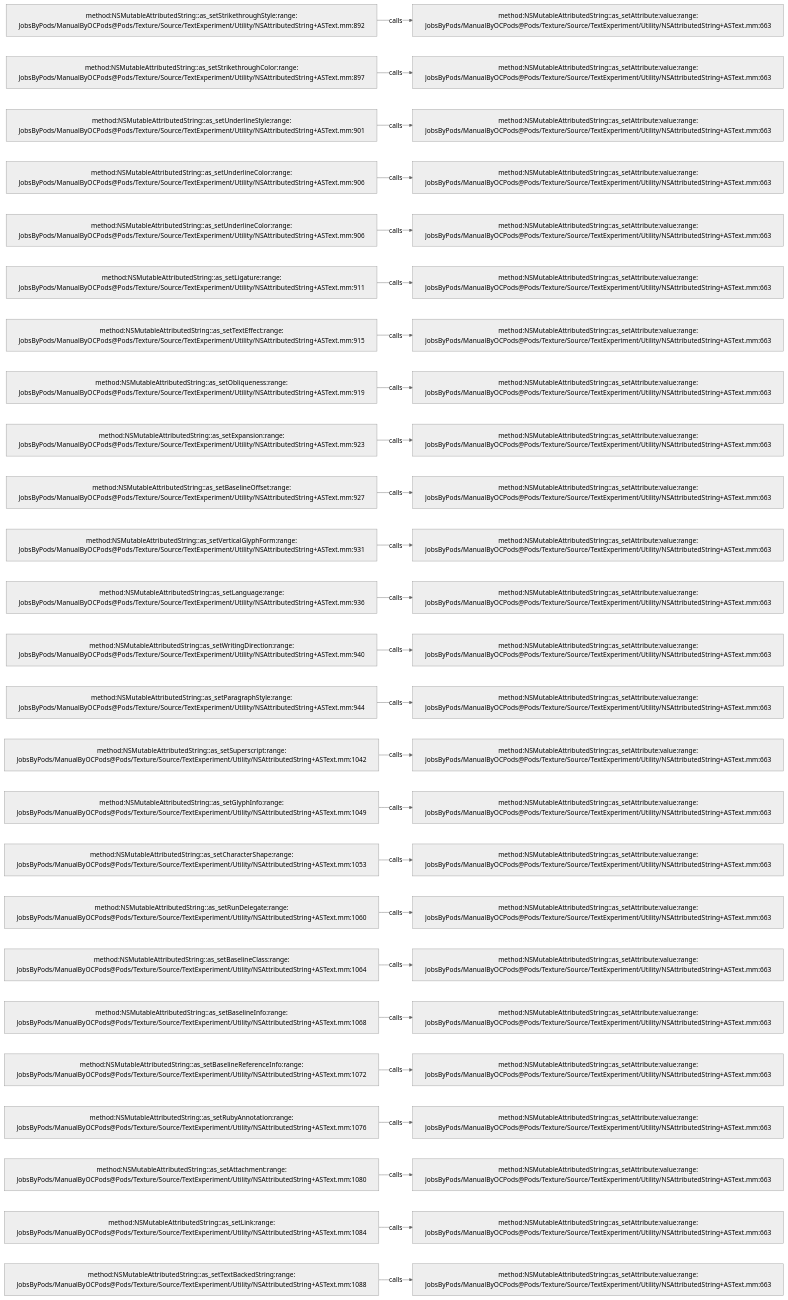
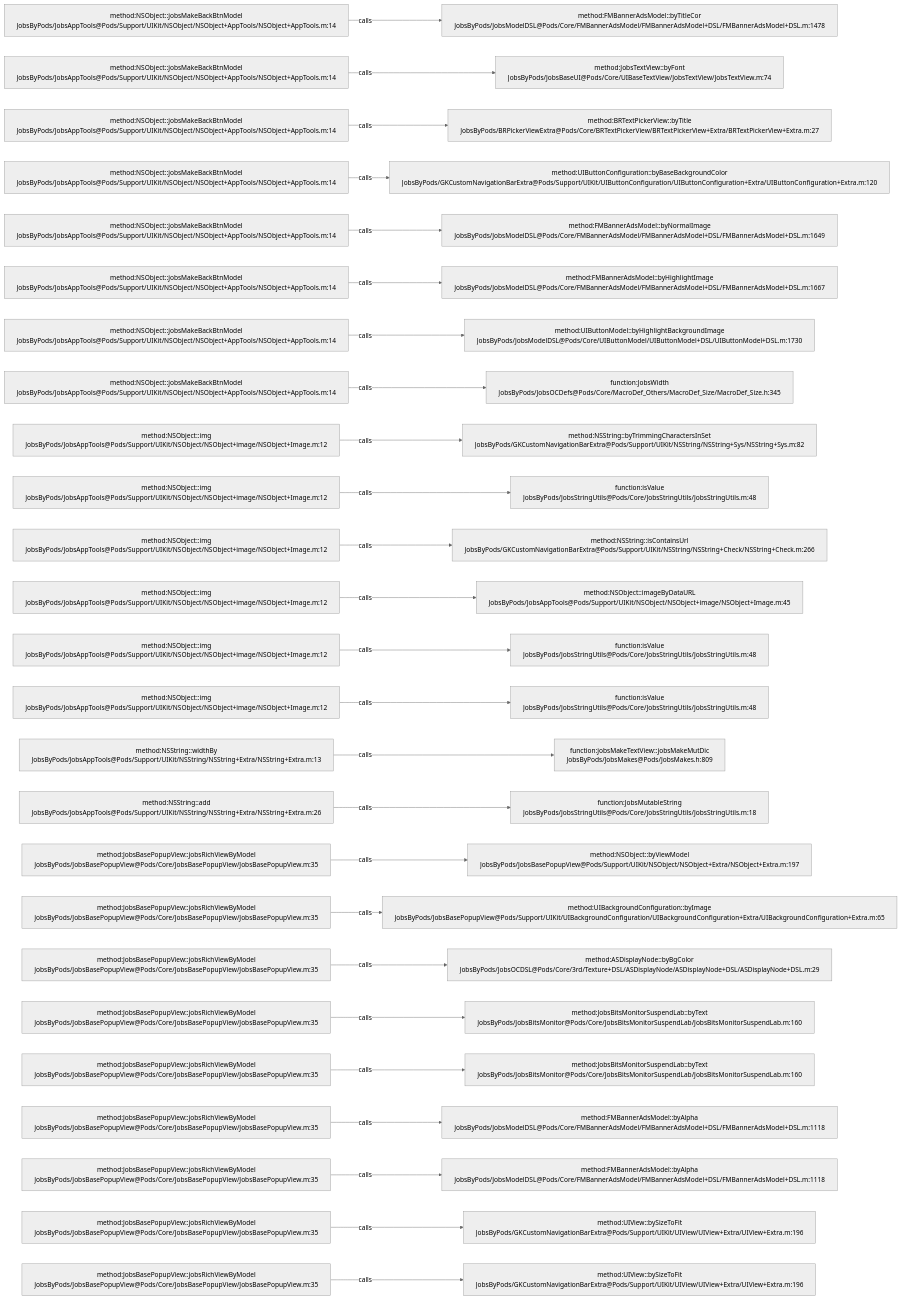
Before and after one commit to JobsKits/JobsOCBaseConfigDemo: the diagram in .codegraph/codegraph.md/graphs/calls-199.md, drawn with Mermaid (neutral theme). The commit also changed 768 other files, not shown here.

````diff
--- a/.codegraph/codegraph.md/graphs/calls-199.md
+++ b/.codegraph/codegraph.md/graphs/calls-199.md
@@ -13,78 +13,78 @@
 ```mermaid
 flowchart LR
-  S1["method:NSMutableAttributedString::as_setStrikethroughStyle:range:<br/>JobsByPods/ManualByOCPods@Pods/Texture/Source/TextExperiment/Utility/NSAttributedString+ASText.mm:892"]
-  T1["method:NSMutableAttributedString::as_setAttribute:value:range:<br/>JobsByPods/ManualByOCPods@Pods/Texture/Source/TextExperiment/Utility/NSAttributedString+ASText.mm:663"]
+  S1["method:NSObject::jobsMakeBackBtnModel<br/>JobsByPods/JobsAppTools@Pods/Support/UIKit/NSObject/NSObject+AppTools/NSObject+AppTools.m:14"]
+  T1["method:FMBannerAdsModel::byTitleCor<br/>JobsByPods/JobsModelDSL@Pods/Core/FMBannerAdsModel/FMBannerAdsModel+DSL/FMBannerAdsModel+DSL.m:1478"]
   S1 -->|calls| T1
-  S2["method:NSMutableAttributedString::as_setStrikethroughColor:range:<br/>JobsByPods/ManualByOCPods@Pods/Texture/Source/TextExperiment/Utility/NSAttributedString+ASText.mm:897"]
-  T2["method:NSMutableAttributedString::as_setAttribute:value:range:<br/>JobsByPods/ManualByOCPods@Pods/Texture/Source/TextExperiment/Utility/NSAttributedString+ASText.mm:663"]
+  S2["method:NSObject::jobsMakeBackBtnModel<br/>JobsByPods/JobsAppTools@Pods/Support/UIKit/NSObject/NSObject+AppTools/NSObject+AppTools.m:14"]
+  T2["method:JobsTextView::byFont<br/>JobsByPods/JobsBaseUI@Pods/Core/UIBaseTextView/JobsTextView/JobsTextView.m:74"]
   S2 -->|calls| T2
-  S3["method:NSMutableAttributedString::as_setUnderlineStyle:range:<br/>JobsByPods/ManualByOCPods@Pods/Texture/Source/TextExperiment/Utility/NSAttributedString+ASText.mm:901"]
-  T3["method:NSMutableAttributedString::as_setAttribute:value:range:<br/>JobsByPods/ManualByOCPods@Pods/Texture/Source/TextExperiment/Utility/NSAttributedString+ASText.mm:663"]
+  S3["method:NSObject::jobsMakeBackBtnModel<br/>JobsByPods/JobsAppTools@Pods/Support/UIKit/NSObject/NSObject+AppTools/NSObject+AppTools.m:14"]
+  T3["method:BRTextPickerView::byTitle<br/>JobsByPods/BRPickerViewExtra@Pods/Core/BRTextPickerView/BRTextPickerView+Extra/BRTextPickerView+Extra.m:27"]
   S3 -->|calls| T3
-  S4["method:NSMutableAttributedString::as_setUnderlineColor:range:<br/>JobsByPods/ManualByOCPods@Pods/Texture/Source/TextExperiment/Utility/NSAttributedString+ASText.mm:906"]
-  T4["method:NSMutableAttributedString::as_setAttribute:value:range:<br/>JobsByPods/ManualByOCPods@Pods/Texture/Source/TextExperiment/Utility/NSAttributedString+ASText.mm:663"]
+  S4["method:NSObject::jobsMakeBackBtnModel<br/>JobsByPods/JobsAppTools@Pods/Support/UIKit/NSObject/NSObject+AppTools/NSObject+AppTools.m:14"]
+  T4["method:UIButtonConfiguration::byBaseBackgroundColor<br/>JobsByPods/GKCustomNavigationBarExtra@Pods/Support/UIKit/UIButtonConfiguration/UIButtonConfiguration+Extra/UIButtonConfiguration+Extra.m:120"]
   S4 -->|calls| T4
-  S5["method:NSMutableAttributedString::as_setUnderlineColor:range:<br/>JobsByPods/ManualByOCPods@Pods/Texture/Source/TextExperiment/Utility/NSAttributedString+ASText.mm:906"]
-  T5["method:NSMutableAttributedString::as_setAttribute:value:range:<br/>JobsByPods/ManualByOCPods@Pods/Texture/Source/TextExperiment/Utility/NSAttributedString+ASText.mm:663"]
+  S5["method:NSObject::jobsMakeBackBtnModel<br/>JobsByPods/JobsAppTools@Pods/Support/UIKit/NSObject/NSObject+AppTools/NSObject+AppTools.m:14"]
+  T5["method:FMBannerAdsModel::byNormalImage<br/>JobsByPods/JobsModelDSL@Pods/Core/FMBannerAdsModel/FMBannerAdsModel+DSL/FMBannerAdsModel+DSL.m:1649"]
   S5 -->|calls| T5
-  S6["method:NSMutableAttributedString::as_setLigature:range:<br/>JobsByPods/ManualByOCPods@Pods/Texture/Source/TextExperiment/Utility/NSAttributedString+ASText.mm:911"]
-  T6["method:NSMutableAttributedString::as_setAttribute:value:range:<br/>JobsByPods/ManualByOCPods@Pods/Texture/Source/TextExperiment/Utility/NSAttributedString+ASText.mm:663"]
+  S6["method:NSObject::jobsMakeBackBtnModel<br/>JobsByPods/JobsAppTools@Pods/Support/UIKit/NSObject/NSObject+AppTools/NSObject+AppTools.m:14"]
+  T6["method:FMBannerAdsModel::byHighlightImage<br/>JobsByPods/JobsModelDSL@Pods/Core/FMBannerAdsModel/FMBannerAdsModel+DSL/FMBannerAdsModel+DSL.m:1667"]
   S6 -->|calls| T6
-  S7["method:NSMutableAttributedString::as_setTextEffect:range:<br/>JobsByPods/ManualByOCPods@Pods/Texture/Source/TextExperiment/Utility/NSAttributedString+ASText.mm:915"]
-  T7["method:NSMutableAttributedString::as_setAttribute:value:range:<br/>JobsByPods/ManualByOCPods@Pods/Texture/Source/TextExperiment/Utility/NSAttributedString+ASText.mm:663"]
+  S7["method:NSObject::jobsMakeBackBtnModel<br/>JobsByPods/JobsAppTools@Pods/Support/UIKit/NSObject/NSObject+AppTools/NSObject+AppTools.m:14"]
+  T7["method:UIButtonModel::byHighlightBackgroundImage<br/>JobsByPods/JobsModelDSL@Pods/Core/UIButtonModel/UIButtonModel+DSL/UIButtonModel+DSL.m:1730"]
   S7 -->|calls| T7
-  S8["method:NSMutableAttributedString::as_setObliqueness:range:<br/>JobsByPods/ManualByOCPods@Pods/Texture/Source/TextExperiment/Utility/NSAttributedString+ASText.mm:919"]
-  T8["method:NSMutableAttributedString::as_setAttribute:value:range:<br/>JobsByPods/ManualByOCPods@Pods/Texture/Source/TextExperiment/Utility/NSAttributedString+ASText.mm:663"]
+  S8["method:NSObject::jobsMakeBackBtnModel<br/>JobsByPods/JobsAppTools@Pods/Support/UIKit/NSObject/NSObject+AppTools/NSObject+AppTools.m:14"]
+  T8["function:JobsWidth<br/>JobsByPods/JobsOCDefs@Pods/Core/MacroDef_Others/MacroDef_Size/MacroDef_Size.h:345"]
   S8 -->|calls| T8
-  S9["method:NSMutableAttributedString::as_setExpansion:range:<br/>JobsByPods/ManualByOCPods@Pods/Texture/Source/TextExperiment/Utility/NSAttributedString+ASText.mm:923"]
-  T9["method:NSMutableAttributedString::as_setAttribute:value:range:<br/>JobsByPods/ManualByOCPods@Pods/Texture/Source/TextExperiment/Utility/NSAttributedString+ASText.mm:663"]
+  S9["method:NSObject::img<br/>JobsByPods/JobsAppTools@Pods/Support/UIKit/NSObject/NSObject+image/NSObject+Image.m:12"]
+  T9["method:NSString::byTrimmingCharactersInSet<br/>JobsByPods/GKCustomNavigationBarExtra@Pods/Support/UIKit/NSString/NSString+Sys/NSString+Sys.m:82"]
   S9 -->|calls| T9
-  S10["method:NSMutableAttributedString::as_setBaselineOffset:range:<br/>JobsByPods/ManualByOCPods@Pods/Texture/Source/TextExperiment/Utility/NSAttributedString+ASText.mm:927"]
-  T10["method:NSMutableAttributedString::as_setAttribute:value:range:<br/>JobsByPods/ManualByOCPods@Pods/Texture/Source/TextExperiment/Utility/NSAttributedString+ASText.mm:663"]
+  S10["method:NSObject::img<br/>JobsByPods/JobsAppTools@Pods/Support/UIKit/NSObject/NSObject+image/NSObject+Image.m:12"]
+  T10["function:isValue<br/>JobsByPods/JobsStringUtils@Pods/Core/JobsStringUtils/JobsStringUtils.m:48"]
   S10 -->|calls| T10
-  S11["method:NSMutableAttributedString::as_setVerticalGlyphForm:range:<br/>JobsByPods/ManualByOCPods@Pods/Texture/Source/TextExperiment/Utility/NSAttributedString+ASText.mm:931"]
-  T11["method:NSMutableAttributedString::as_setAttribute:value:range:<br/>JobsByPods/ManualByOCPods@Pods/Texture/Source/TextExperiment/Utility/NSAttributedString+ASText.mm:663"]
+  S11["method:NSObject::img<br/>JobsByPods/JobsAppTools@Pods/Support/UIKit/NSObject/NSObject+image/NSObject+Image.m:12"]
+  T11["method:NSString::isContainsUrl<br/>JobsByPods/GKCustomNavigationBarExtra@Pods/Support/UIKit/NSString/NSString+Check/NSString+Check.m:266"]
   S11 -->|calls| T11
-  S12["method:NSMutableAttributedString::as_setLanguage:range:<br/>JobsByPods/ManualByOCPods@Pods/Texture/Source/TextExperiment/Utility/NSAttributedString+ASText.mm:936"]
-  T12["method:NSMutableAttributedString::as_setAttribute:value:range:<br/>JobsByPods/ManualByOCPods@Pods/Texture/Source/TextExperiment/Utility/NSAttributedString+ASText.mm:663"]
+  S12["method:NSObject::img<br/>JobsByPods/JobsAppTools@Pods/Support/UIKit/NSObject/NSObject+image/NSObject+Image.m:12"]
+  T12["method:NSObject::imageByDataURL<br/>JobsByPods/JobsAppTools@Pods/Support/UIKit/NSObject/NSObject+image/NSObject+Image.m:45"]
   S12 -->|calls| T12
-  S13["method:NSMutableAttributedString::as_setWritingDirection:range:<br/>JobsByPods/ManualByOCPods@Pods/Texture/Source/TextExperiment/Utility/NSAttributedString+ASText.mm:940"]
-  T13["method:NSMutableAttributedString::as_setAttribute:value:range:<br/>JobsByPods/ManualByOCPods@Pods/Texture/Source/TextExperiment/Utility/NSAttributedString+ASText.mm:663"]
+  S13["method:NSObject::img<br/>JobsByPods/JobsAppTools@Pods/Support/UIKit/NSObject/NSObject+image/NSObject+Image.m:12"]
+  T13["function:isValue<br/>JobsByPods/JobsStringUtils@Pods/Core/JobsStringUtils/JobsStringUtils.m:48"]
   S13 -->|calls| T13
-  S14["method:NSMutableAttributedString::as_setParagraphStyle:range:<br/>JobsByPods/ManualByOCPods@Pods/Texture/Source/TextExperiment/Utility/NSAttributedString+ASText.mm:944"]
-  T14["method:NSMutableAttributedString::as_setAttribute:value:range:<br/>JobsByPods/ManualByOCPods@Pods/Texture/Source/TextExperiment/Utility/NSAttributedString+ASText.mm:663"]
+  S14["method:NSObject::img<br/>JobsByPods/JobsAppTools@Pods/Support/UIKit/NSObject/NSObject+image/NSObject+Image.m:12"]
+  T14["function:isValue<br/>JobsByPods/JobsStringUtils@Pods/Core/JobsStringUtils/JobsStringUtils.m:48"]
   S14 -->|calls| T14
-  S15["method:NSMutableAttributedString::as_setSuperscript:range:<br/>JobsByPods/ManualByOCPods@Pods/Texture/Source/TextExperiment/Utility/NSAttributedString+ASText.mm:1042"]
-  T15["method:NSMutableAttributedString::as_setAttribute:value:range:<br/>JobsByPods/ManualByOCPods@Pods/Texture/Source/TextExperiment/Utility/NSAttributedString+ASText.mm:663"]
+  S15["method:NSString::widthBy<br/>JobsByPods/JobsAppTools@Pods/Support/UIKit/NSString/NSString+Extra/NSString+Extra.m:13"]
+  T15["function:jobsMakeTextView::jobsMakeMutDic<br/>JobsByPods/JobsMakes@Pods/JobsMakes.h:809"]
   S15 -->|calls| T15
-  S16["method:NSMutableAttributedString::as_setGlyphInfo:range:<br/>JobsByPods/ManualByOCPods@Pods/Texture/Source/TextExperiment/Utility/NSAttributedString+ASText.mm:1049"]
-  T16["method:NSMutableAttributedString::as_setAttribute:value:range:<br/>JobsByPods/ManualByOCPods@Pods/Texture/Source/TextExperiment/Utility/NSAttributedString+ASText.mm:663"]
+  S16["method:NSString::add<br/>JobsByPods/JobsAppTools@Pods/Support/UIKit/NSString/NSString+Extra/NSString+Extra.m:26"]
+  T16["function:JobsMutableString<br/>JobsByPods/JobsStringUtils@Pods/Core/JobsStringUtils/JobsStringUtils.m:18"]
   S16 -->|calls| T16
-  S17["method:NSMutableAttributedString::as_setCharacterShape:range:<br/>JobsByPods/ManualByOCPods@Pods/Texture/Source/TextExperiment/Utility/NSAttributedString+ASText.mm:1053"]
-  T17["method:NSMutableAttributedString::as_setAttribute:value:range:<br/>JobsByPods/ManualByOCPods@Pods/Texture/Source/TextExperiment/Utility/NSAttributedString+ASText.mm:663"]
+  S17["method:JobsBasePopupView::jobsRichViewByModel<br/>JobsByPods/JobsBasePopupView@Pods/Core/JobsBasePopupView/JobsBasePopupView.m:35"]
+  T17["method:NSObject::byViewModel<br/>JobsByPods/JobsBasePopupView@Pods/Support/UIKit/NSObject/NSObject+Extra/NSObject+Extra.m:197"]
   S17 -->|calls| T17
-  S18["method:NSMutableAttributedString::as_setRunDelegate:range:<br/>JobsByPods/ManualByOCPods@Pods/Texture/Source/TextExperiment/Utility/NSAttributedString+ASText.mm:1060"]
-  T18["method:NSMutableAttributedString::as_setAttribute:value:range:<br/>JobsByPods/ManualByOCPods@Pods/Texture/Source/TextExperiment/Utility/NSAttributedString+ASText.mm:663"]
+  S18["method:JobsBasePopupView::jobsRichViewByModel<br/>JobsByPods/JobsBasePopupView@Pods/Core/JobsBasePopupView/JobsBasePopupView.m:35"]
+  T18["method:UIBackgroundConfiguration::byImage<br/>JobsByPods/JobsBasePopupView@Pods/Support/UIKit/UIBackgroundConfiguration/UIBackgroundConfiguration+Extra/UIBackgroundConfiguration+Extra.m:65"]
   S18 -->|calls| T18
-  S19["method:NSMutableAttributedString::as_setBaselineClass:range:<br/>JobsByPods/ManualByOCPods@Pods/Texture/Source/TextExperiment/Utility/NSAttributedString+ASText.mm:1064"]
-  T19["method:NSMutableAttributedString::as_setAttribute:value:range:<br/>JobsByPods/ManualByOCPods@Pods/Texture/Source/TextExperiment/Utility/NSAttributedString+ASText.mm:663"]
+  S19["method:JobsBasePopupView::jobsRichViewByModel<br/>JobsByPods/JobsBasePopupView@Pods/Core/JobsBasePopupView/JobsBasePopupView.m:35"]
+  T19["method:ASDisplayNode::byBgColor<br/>JobsByPods/JobsOCDSL@Pods/Core/3rd/Texture+DSL/ASDisplayNode/ASDisplayNode+DSL/ASDisplayNode+DSL.m:29"]
   S19 -->|calls| T19
-  S20["method:NSMutableAttributedString::as_setBaselineInfo:range:<br/>JobsByPods/ManualByOCPods@Pods/Texture/Source/TextExperiment/Utility/NSAttributedString+ASText.mm:1068"]
-  T20["method:NSMutableAttributedString::as_setAttribute:value:range:<br/>JobsByPods/ManualByOCPods@Pods/Texture/Source/TextExperiment/Utility/NSAttributedString+ASText.mm:663"]
+  S20["method:JobsBasePopupView::jobsRichViewByModel<br/>JobsByPods/JobsBasePopupView@Pods/Core/JobsBasePopupView/JobsBasePopupView.m:35"]
+  T20["method:JobsBitsMonitorSuspendLab::byText<br/>JobsByPods/JobsBitsMonitor@Pods/Core/JobsBitsMonitorSuspendLab/JobsBitsMonitorSuspendLab.m:160"]
   S20 -->|calls| T20
-  S21["method:NSMutableAttributedString::as_setBaselineReferenceInfo:range:<br/>JobsByPods/ManualByOCPods@Pods/Texture/Source/TextExperiment/Utility/NSAttributedString+ASText.mm:1072"]
-  T21["method:NSMutableAttributedString::as_setAttribute:value:range:<br/>JobsByPods/ManualByOCPods@Pods/Texture/Source/TextExperiment/Utility/NSAttributedString+ASText.mm:663"]
+  S21["method:JobsBasePopupView::jobsRichViewByModel<br/>JobsByPods/JobsBasePopupView@Pods/Core/JobsBasePopupView/JobsBasePopupView.m:35"]
+  T21["method:JobsBitsMonitorSuspendLab::byText<br/>JobsByPods/JobsBitsMonitor@Pods/Core/JobsBitsMonitorSuspendLab/JobsBitsMonitorSuspendLab.m:160"]
   S21 -->|calls| T21
-  S22["method:NSMutableAttributedString::as_setRubyAnnotation:range:<br/>JobsByPods/ManualByOCPods@Pods/Texture/Source/TextExperiment/Utility/NSAttributedString+ASText.mm:1076"]
-  T22["method:NSMutableAttributedString::as_setAttribute:value:range:<br/>JobsByPods/ManualByOCPods@Pods/Texture/Source/TextExperiment/Utility/NSAttributedString+ASText.mm:663"]
+  S22["method:JobsBasePopupView::jobsRichViewByModel<br/>JobsByPods/JobsBasePopupView@Pods/Core/JobsBasePopupView/JobsBasePopupView.m:35"]
+  T22["method:FMBannerAdsModel::byAlpha<br/>JobsByPods/JobsModelDSL@Pods/Core/FMBannerAdsModel/FMBannerAdsModel+DSL/FMBannerAdsModel+DSL.m:1118"]
   S22 -->|calls| T22
-  S23["method:NSMutableAttributedString::as_setAttachment:range:<br/>JobsByPods/ManualByOCPods@Pods/Texture/Source/TextExperiment/Utility/NSAttributedString+ASText.mm:1080"]
-  T23["method:NSMutableAttributedString::as_setAttribute:value:range:<br/>JobsByPods/ManualByOCPods@Pods/Texture/Source/TextExperiment/Utility/NSAttributedString+ASText.mm:663"]
+  S23["method:JobsBasePopupView::jobsRichViewByModel<br/>JobsByPods/JobsBasePopupView@Pods/Core/JobsBasePopupView/JobsBasePopupView.m:35"]
+  T23["method:FMBannerAdsModel::byAlpha<br/>JobsByPods/JobsModelDSL@Pods/Core/FMBannerAdsModel/FMBannerAdsModel+DSL/FMBannerAdsModel+DSL.m:1118"]
   S23 -->|calls| T23
-  S24["method:NSMutableAttributedString::as_setLink:range:<br/>JobsByPods/ManualByOCPods@Pods/Texture/Source/TextExperiment/Utility/NSAttributedString+ASText.mm:1084"]
-  T24["method:NSMutableAttributedString::as_setAttribute:value:range:<br/>JobsByPods/ManualByOCPods@Pods/Texture/Source/TextExperiment/Utility/NSAttributedString+ASText.mm:663"]
+  S24["method:JobsBasePopupView::jobsRichViewByModel<br/>JobsByPods/JobsBasePopupView@Pods/Core/JobsBasePopupView/JobsBasePopupView.m:35"]
+  T24["method:UIView::bySizeToFit<br/>JobsByPods/GKCustomNavigationBarExtra@Pods/Support/UIKit/UIView/UIView+Extra/UIView+Extra.m:196"]
   S24 -->|calls| T24
-  S25["method:NSMutableAttributedString::as_setTextBackedString:range:<br/>JobsByPods/ManualByOCPods@Pods/Texture/Source/TextExperiment/Utility/NSAttributedString+ASText.mm:1088"]
-  T25["method:NSMutableAttributedString::as_setAttribute:value:range:<br/>JobsByPods/ManualByOCPods@Pods/Texture/Source/TextExperiment/Utility/NSAttributedString+ASText.mm:663"]
+  S25["method:JobsBasePopupView::jobsRichViewByModel<br/>JobsByPods/JobsBasePopupView@Pods/Core/JobsBasePopupView/JobsBasePopupView.m:35"]
+  T25["method:UIView::bySizeToFit<br/>JobsByPods/GKCustomNavigationBarExtra@Pods/Support/UIKit/UIView/UIView+Extra/UIView+Extra.m:196"]
   S25 -->|calls| T25
 ```
````
